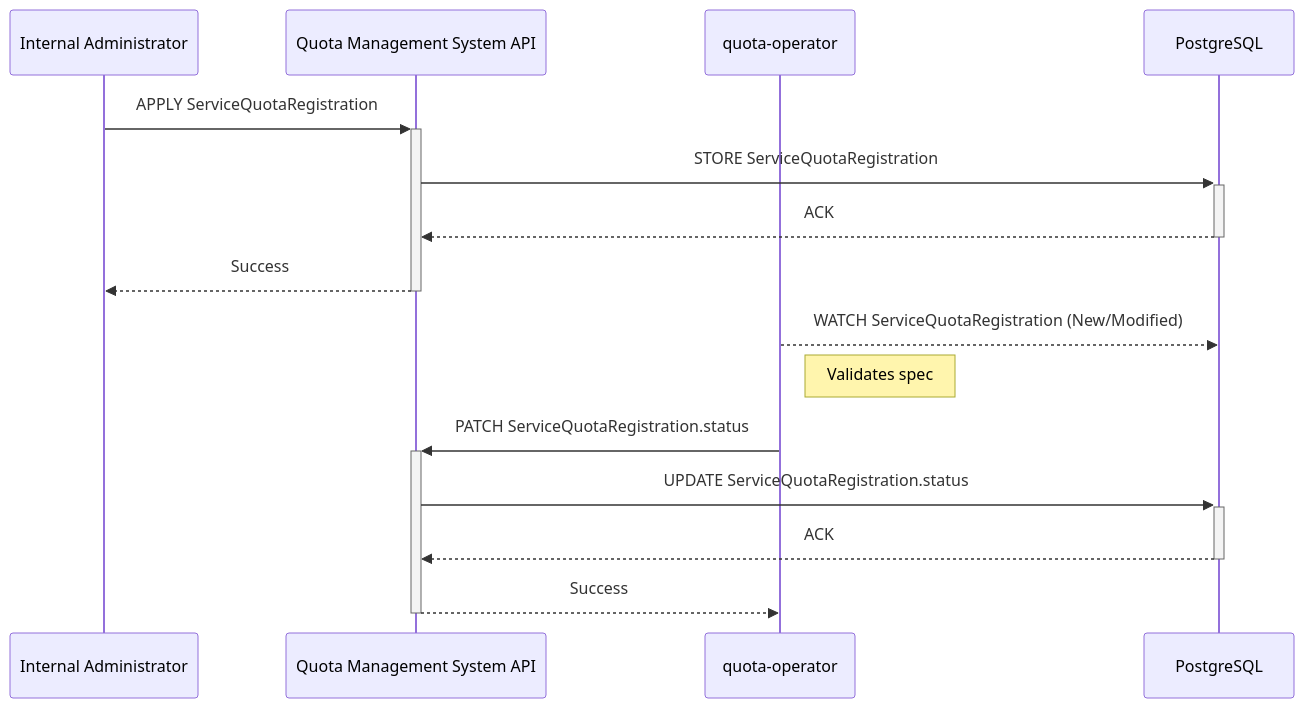
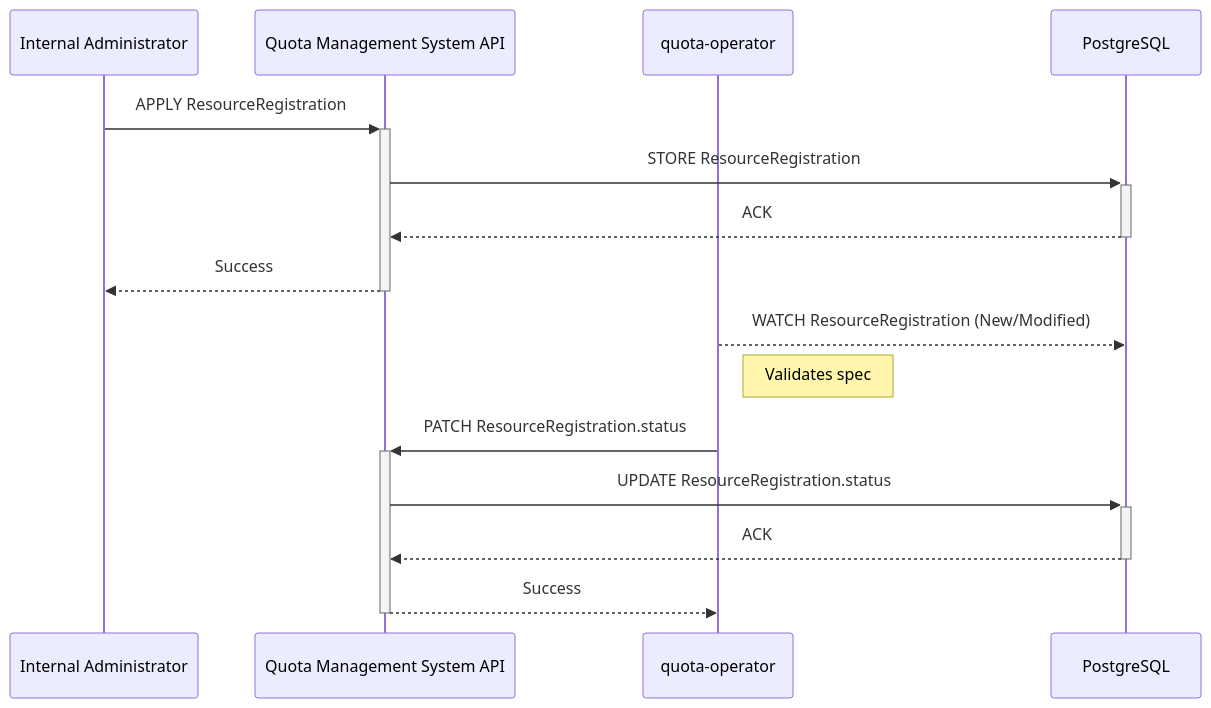
Before and after one commit to datum-cloud/enhancements: the third of 6 diagrams in enhancements/platform/quota-management/README.md, drawn with Mermaid. The commit also changed other lines of this file, not shown here.

Commit message:
chore(quota): updates glossary of main terminology

````diff
--- a/enhancements/platform/quota-management/README.md
+++ b/enhancements/platform/quota-management/README.md
@@ -1319,20 +1321,20 @@
 ```mermaid
 %% Sequence Diagram - Prerequisite 1: Service Quota Definition Registration
 sequenceDiagram
     participant Admin as Internal Administrator
     participant QuotaAPI as Quota Management System API
     participant QuotaOperator as quota-operator
     participant DB as PostgreSQL
 
-    Admin->>+QuotaAPI: APPLY ServiceQuotaRegistration
-    QuotaAPI->>+DB: STORE ServiceQuotaRegistration
+    Admin->>+QuotaAPI: APPLY ResourceRegistration
+    QuotaAPI->>+DB: STORE ResourceRegistration
     DB-->>-QuotaAPI: ACK
     QuotaAPI-->>-Admin: Success
 
-    QuotaOperator-->>DB: WATCH ServiceQuotaRegistration (New/Modified)
+    QuotaOperator-->>DB: WATCH ResourceRegistration (New/Modified)
     note right of QuotaOperator: Validates spec
-    QuotaOperator->>+QuotaAPI: PATCH ServiceQuotaRegistration.status
-    QuotaAPI->>+DB: UPDATE ServiceQuotaRegistration.status
+    QuotaOperator->>+QuotaAPI: PATCH ResourceRegistration.status
+    QuotaAPI->>+DB: UPDATE ResourceRegistration.status
     DB-->>-QuotaAPI: ACK
     QuotaAPI-->>-QuotaOperator: Success
 ```
````
